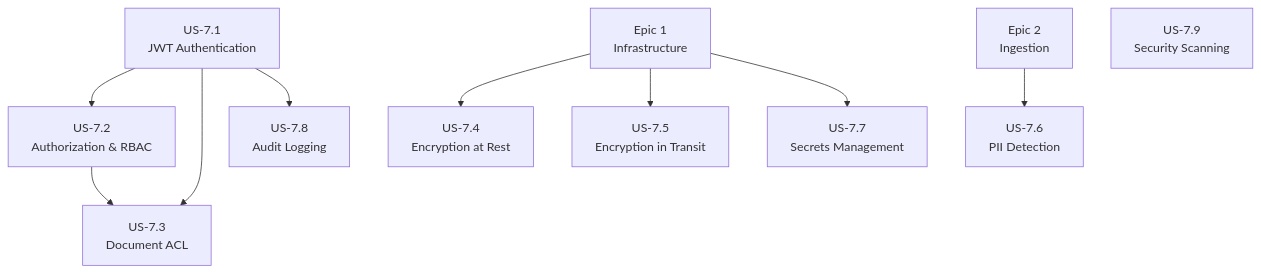
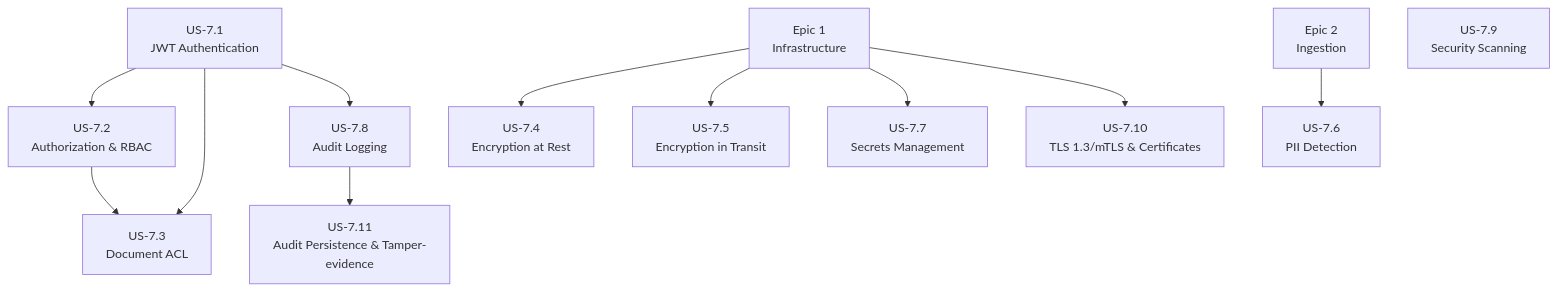
One commit to RogierKonings/ultimate-rag-pipeline changed the diagram in workflow/refined/07-security-compliance/README.md. Above: the diagram before and after it, drawn with Mermaid. The commit also changed other lines of this file and 21 other files, not shown here.

````diff
--- a/workflow/refined/07-security-compliance/README.md
+++ b/workflow/refined/07-security-compliance/README.md
@@ -39,15 +41,17 @@
 ```mermaid
 flowchart TD
     US71[US-7.1<br/>JWT Authentication] --> US72[US-7.2<br/>Authorization & RBAC]
     US71 --> US73[US-7.3<br/>Document ACL]
     US72 --> US73
     US71 --> US78[US-7.8<br/>Audit Logging]
     
     E1[Epic 1<br/>Infrastructure] --> US74[US-7.4<br/>Encryption at Rest]
     E1 --> US75[US-7.5<br/>Encryption in Transit]
     E1 --> US77[US-7.7<br/>Secrets Management]
     
     E2[Epic 2<br/>Ingestion] --> US76[US-7.6<br/>PII Detection]
     
     US79[US-7.9<br/>Security Scanning]
+    E1 --> US710[US-7.10<br/>TLS 1.3/mTLS & Certificates]
+    US78 --> US711[US-7.11<br/>Audit Persistence & Tamper-evidence]
 ```
````
